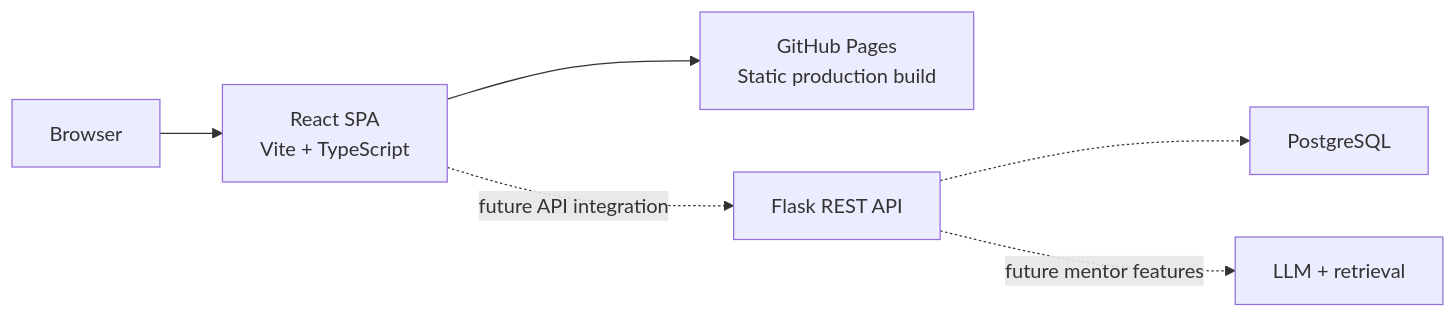
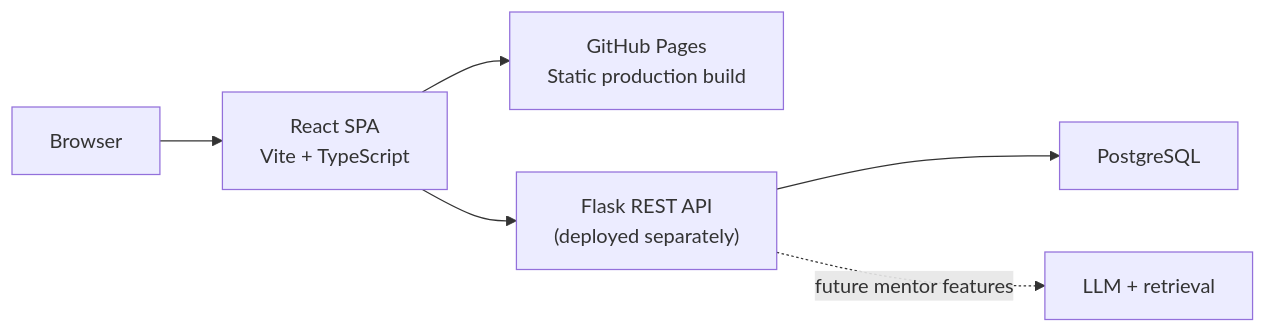
The diagram in docs/architecture.md (buildwithsitu/ai-exam-preparation), drawn with Mermaid before and after one commit. The commit also changed other lines of this file and 7 other files, not shown here.

````diff
--- a/docs/architecture.md
+++ b/docs/architecture.md
@@ -13,8 +13,8 @@
 ```mermaid
 flowchart LR
     Browser --> ReactApp["React SPA\nVite + TypeScript"]
     ReactApp --> Pages["GitHub Pages\nStatic production build"]
-    ReactApp -. "future API integration" .-> Flask["Flask REST API"]
-    Flask -.-> PostgreSQL
+    ReactApp --> Flask["Flask REST API\n(deployed separately)"]
+    Flask --> PostgreSQL
     Flask -. "future mentor features" .-> AI["LLM + retrieval"]
 ```
````
